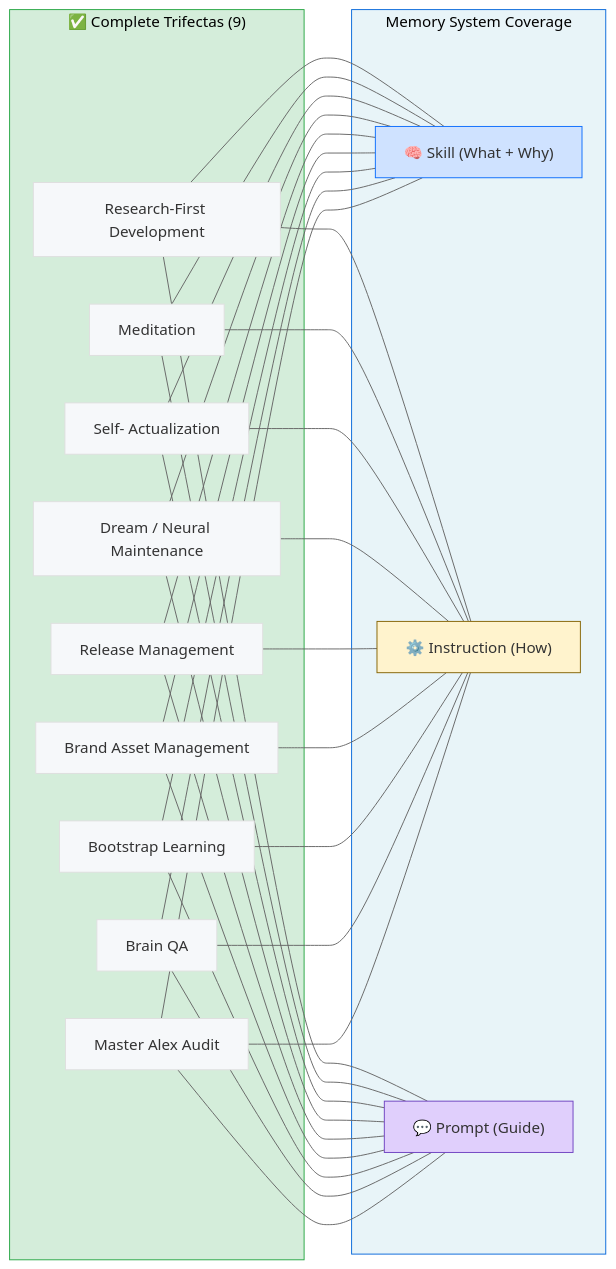
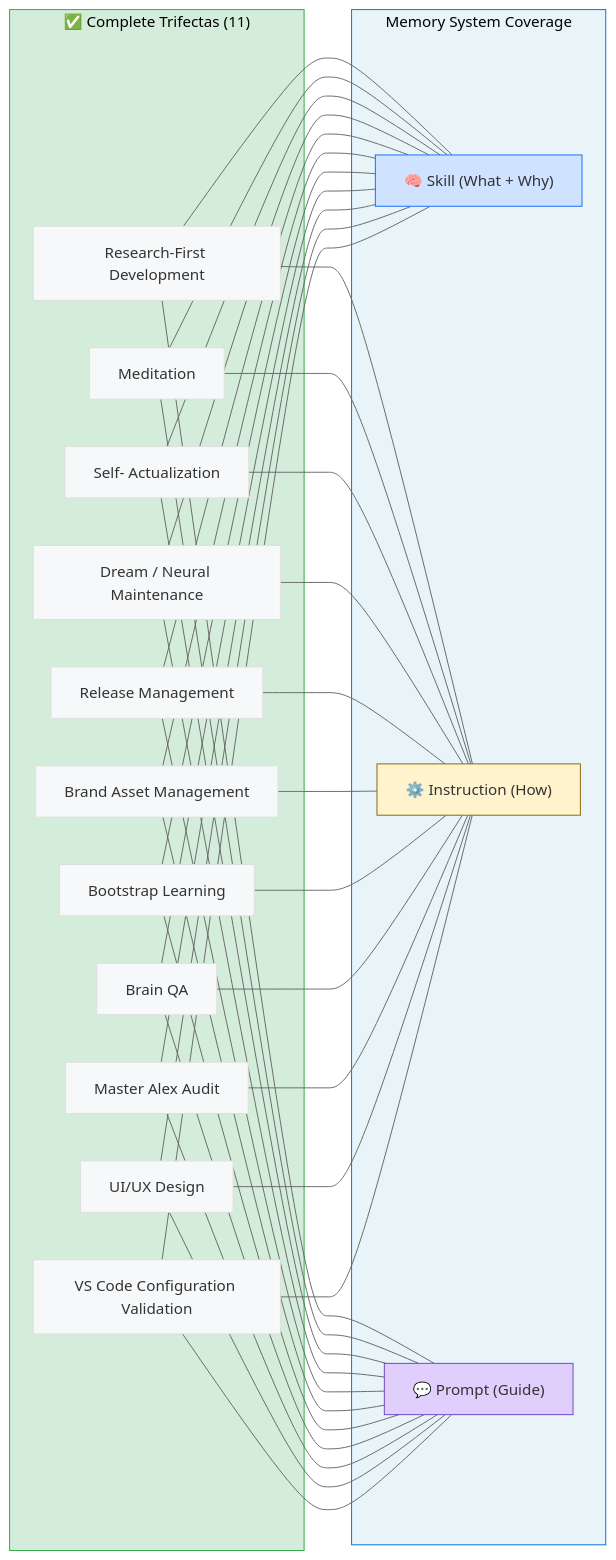
Before and after one commit to fabioc-aloha/Alex_Plug_In: the diagram in alex_docs/architecture/TRIFECTA-CATALOG.md, drawn with Mermaid. The commit also changed other lines of this file and 16 other files, not shown here.

````diff
--- a/alex_docs/architecture/TRIFECTA-CATALOG.md
+++ b/alex_docs/architecture/TRIFECTA-CATALOG.md
@@ -213,37 +234,41 @@
 ```mermaid
 %%{init: {'theme': 'base', 'themeVariables': { 'lineColor': '#666', 'primaryColor': '#f6f8fa'}}}%%
 flowchart LR
-    subgraph COMPLETE["✅ Complete Trifectas (9)"]
+    subgraph COMPLETE["✅ Complete Trifectas (11)"]
         RFD["Research-First Development"]
         MED["Meditation"]
         SA["Self- Actualization"]
         DS["Dream / Neural Maintenance"]
         REL["Release Management"]
         BAM["Brand Asset Management"]
         BL["Bootstrap Learning"]
         BQA["Brain QA"]
         MAA["Master Alex Audit"]
+        UIUX["UI/UX Design"]
+        VSCC["VS Code Configuration Validation"]
     end
 
     subgraph LAYERS["Memory System Coverage"]
         SK["🧠 Skill (What + Why)"]
         INS["⚙️ Instruction (How)"]
         PR["💬 Prompt (Guide)"]
     end
 
     RFD --- SK & INS & PR
     MED --- SK & INS & PR
     SA --- SK & INS & PR
     DS --- SK & INS & PR
     REL --- SK & INS & PR
     BAM --- SK & INS & PR
     BL --- SK & INS & PR
     BQA --- SK & INS & PR
     MAA --- SK & INS & PR
+    UIUX --- SK & INS & PR
+    VSCC --- SK & INS & PR
 
     style COMPLETE fill:#d4edda,stroke:#28a745
     style LAYERS fill:#e8f4f8,stroke:#0969da
     style SK fill:#cfe2ff,stroke:#0d6efd
     style INS fill:#fff3cd,stroke:#856404
     style PR fill:#e0cffc,stroke:#6f42c1
 ```
````
